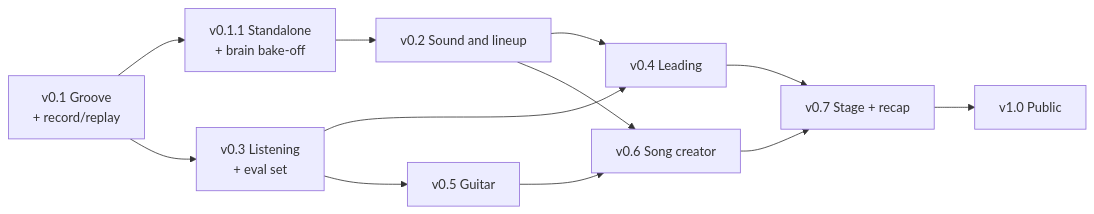
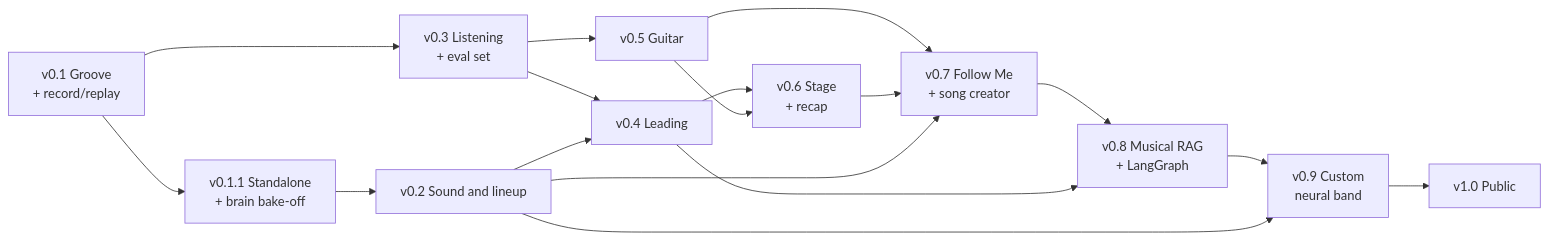
Before and after one commit to thi-mb/jamstate: the diagram in docs/roadmap.md, drawn with Mermaid. The commit also changed other lines of this file, not shown here.

Commit message:
docs: propose post-v0.5 roadmap (Stage, Follow Me, RAG/LangGraph, custom transformer)

````diff
--- a/docs/roadmap.md
+++ b/docs/roadmap.md
@@ -102,14 +112,19 @@
 ```mermaid
 flowchart LR
   v01[v0.1 Groove<br/>+ record/replay] --> v011[v0.1.1 Standalone<br/>+ brain bake-off]
   v011 --> v02[v0.2 Sound and lineup]
   v01 --> v03[v0.3 Listening<br/>+ eval set]
   v03 --> v04[v0.4 Leading]
   v02 --> v04
   v03 --> v05[v0.5 Guitar]
-  v05 --> v06[v0.6 Song creator]
-  v02 --> v06
-  v04 --> v07[v0.7 Stage + recap]
+  v04 --> v06[v0.6 Stage<br/>+ recap]
+  v05 --> v06
+  v05 --> v07[v0.7 Follow Me<br/>+ song creator]
   v06 --> v07
-  v07 --> v10[v1.0 Public]
+  v02 --> v07
+  v07 --> v08[v0.8 Musical RAG<br/>+ LangGraph]
+  v04 --> v08
+  v08 --> v09[v0.9 Custom<br/>neural band]
+  v02 --> v09
+  v09 --> v10[v1.0 Public]
 ```
````
